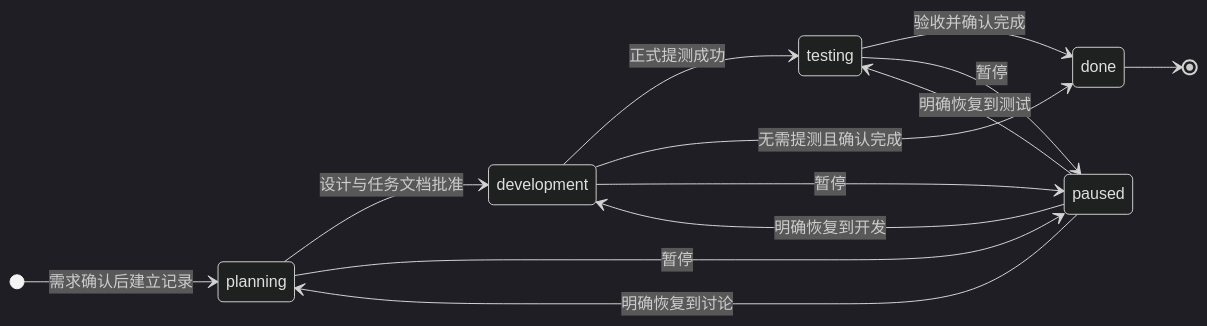
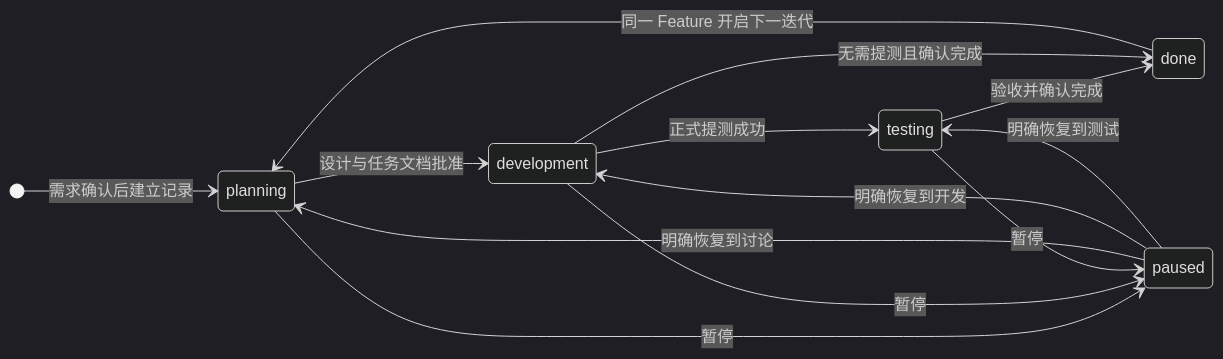
The third of 5 diagrams in docs/architecture.md (sandy-hmb/agent-workbench), drawn with Mermaid (dark theme) before and after one commit. The commit also changed other lines of this file and 18 other files, not shown here.

````diff
--- a/docs/architecture.md
+++ b/docs/architecture.md
@@ -135,16 +135,16 @@
 ```mermaid
 stateDiagram-v2
     direction LR
     [*] --> planning: 需求确认后建立记录
     planning --> development: 设计与任务文档批准
     development --> testing: 正式提测成功
     testing --> done: 验收并确认完成
     development --> done: 无需提测且确认完成
     planning --> paused: 暂停
     development --> paused: 暂停
     testing --> paused: 暂停
     paused --> planning: 明确恢复到讨论
     paused --> development: 明确恢复到开发
     paused --> testing: 明确恢复到测试
-    done --> [*]
+    done --> planning: 同一 Feature 开启下一迭代
 ```
````
